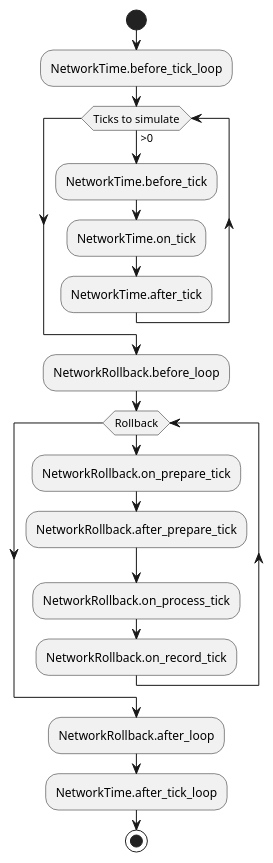
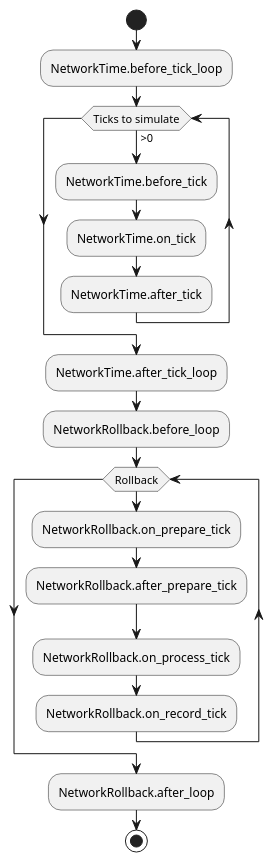
One commit to foxssake/netfox changed the second of 2 diagrams in docs/netfox/guides/network-rollback.md. Above: the diagram before and after it, drawn with PlantUML.

Commit message:
Update network-rollback.md
Fix plantuml of NetworkTime and NetworkRollback loops

````diff
--- a/docs/netfox/guides/network-rollback.md
+++ b/docs/netfox/guides/network-rollback.md
@@ -75,28 +75,27 @@
 ```puml
 @startuml
 
 start
 
 :NetworkTime.before_tick_loop;
 
 while (Ticks to simulate)  is (>0)
   :NetworkTime.before_tick;
   :NetworkTime.on_tick;
   :NetworkTime.after_tick;
 endwhile
+:NetworkTime.after_tick_loop;
 
 :NetworkRollback.before_loop;
 while(Rollback)
   :NetworkRollback.on_prepare_tick;
   :NetworkRollback.after_prepare_tick;
   :NetworkRollback.on_process_tick;
   :NetworkRollback.on_record_tick;
 endwhile
 :NetworkRollback.after_loop;
 
-:NetworkTime.after_tick_loop;
-
 stop
 
 @enduml
 ```
````
